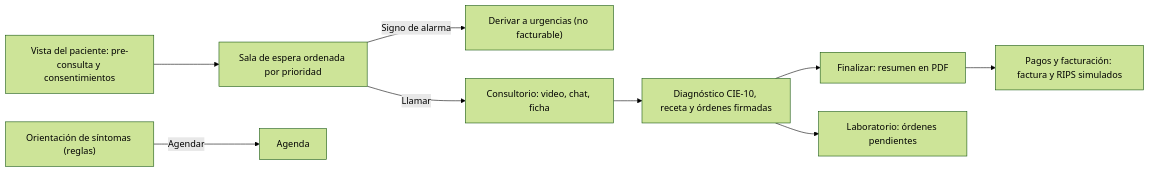
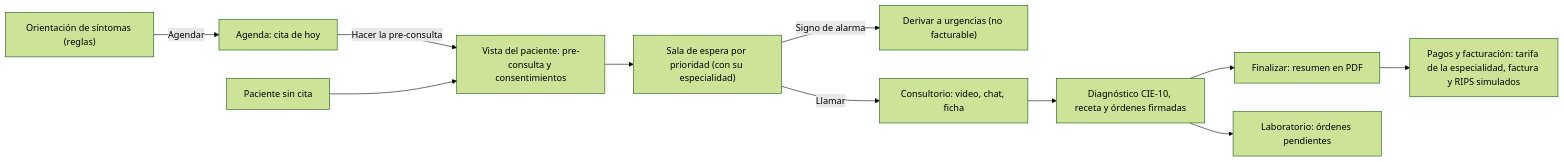
The first of 3 diagrams in docs/wiki/Guia-Demo-telemedicina.md (ronalc90/koptup), drawn with Mermaid (forest theme) before and after one commit. The commit also changed other lines of this file and 31 other files, not shown here.

````diff
--- a/docs/wiki/Guia-Demo-telemedicina.md
+++ b/docs/wiki/Guia-Demo-telemedicina.md
@@ -23,11 +23,13 @@
 ```mermaid
 flowchart LR
-    A["Vista del paciente: pre-consulta y consentimientos"] --> B["Sala de espera ordenada por prioridad"]
-    O["Orientación de síntomas (reglas)"] -->|"Agendar"| AG["Agenda"]
+    O["Orientación de síntomas (reglas)"] -->|"Agendar"| AG["Agenda: cita de hoy"]
+    AG -->|"Hacer la pre-consulta"| PC["Vista del paciente: pre-consulta y consentimientos"]
+    N["Paciente sin cita"] --> PC
+    PC --> B["Sala de espera por prioridad (con su especialidad)"]
     B -->|"Signo de alarma"| U["Derivar a urgencias (no facturable)"]
     B -->|"Llamar"| C["Consultorio: video, chat, ficha"]
     C --> R["Diagnóstico CIE-10, receta y órdenes firmadas"]
     R --> F["Finalizar: resumen en PDF"]
-    F --> P["Pagos y facturación: factura y RIPS simulados"]
+    F --> P["Pagos y facturación: tarifa de la especialidad, factura y RIPS simulados"]
     R --> L["Laboratorio: órdenes pendientes"]
 ```
````
